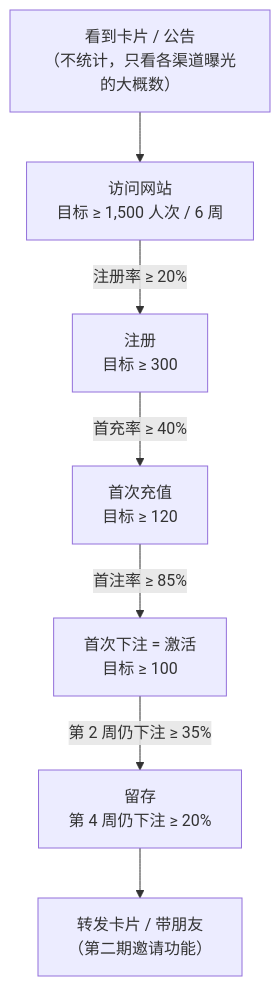
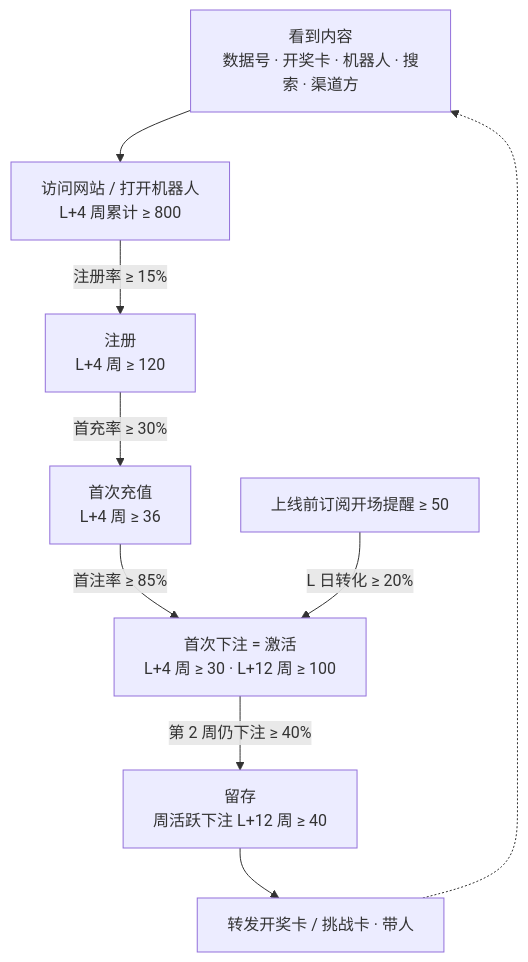
The fifth of 5 diagrams in 市场/v1-市场调研与推广策略.md (dollar3651314/forecast), drawn with Mermaid before and after one commit. The commit also changed other lines of this file and 5 other files, not shown here.

First line of the commit message:
市场调研与推广策略 v2.0：按 Amos 批评重写为零预算冷启动方案；项目地图 / 索引 v0.7

````diff
--- a/市场/v1-市场调研与推广策略.md
+++ b/市场/v1-市场调研与推广策略.md
@@ -296,9 +457,11 @@
 ```mermaid
 flowchart TD
-    A["看到卡片 / 公告<br/>（不统计，只看各渠道曝光的大概数）"] --> B["访问网站<br/>目标 ≥ 1,500 人次 / 6 周"]
-    B -->|"注册率 ≥ 20%"| C["注册<br/>目标 ≥ 300"]
-    C -->|"首充率 ≥ 40%"| D["首次充值<br/>目标 ≥ 120"]
-    D -->|"首注率 ≥ 85%"| E["首次下注 = 激活<br/>目标 ≥ 100"]
-    E -->|"第 2 周仍下注 ≥ 35%"| F["留存<br/>第 4 周仍下注 ≥ 20%"]
-    F --> G["转发卡片 / 带朋友<br/>（第二期邀请功能）"]
+    A["看到内容<br/>数据号 · 开奖卡 · 机器人 · 搜索 · 渠道方"] --> B["访问网站 / 打开机器人<br/>L+4 周累计 ≥ 800"]
+    B -->|"注册率 ≥ 15%"| C["注册<br/>L+4 周 ≥ 120"]
+    C -->|"首充率 ≥ 30%"| D["首次充值<br/>L+4 周 ≥ 36"]
+    D -->|"首注率 ≥ 85%"| E["首次下注 = 激活<br/>L+4 周 ≥ 30 · L+12 周 ≥ 100"]
+    E -->|"第 2 周仍下注 ≥ 40%"| F["留存<br/>周活跃下注 L+12 周 ≥ 40"]
+    F --> G["转发开奖卡 / 挑战卡 · 带人"]
+    G -.-> A
+    W["上线前订阅开场提醒 ≥ 50"] -->|"L 日转化 ≥ 20%"| E
 ```
````
